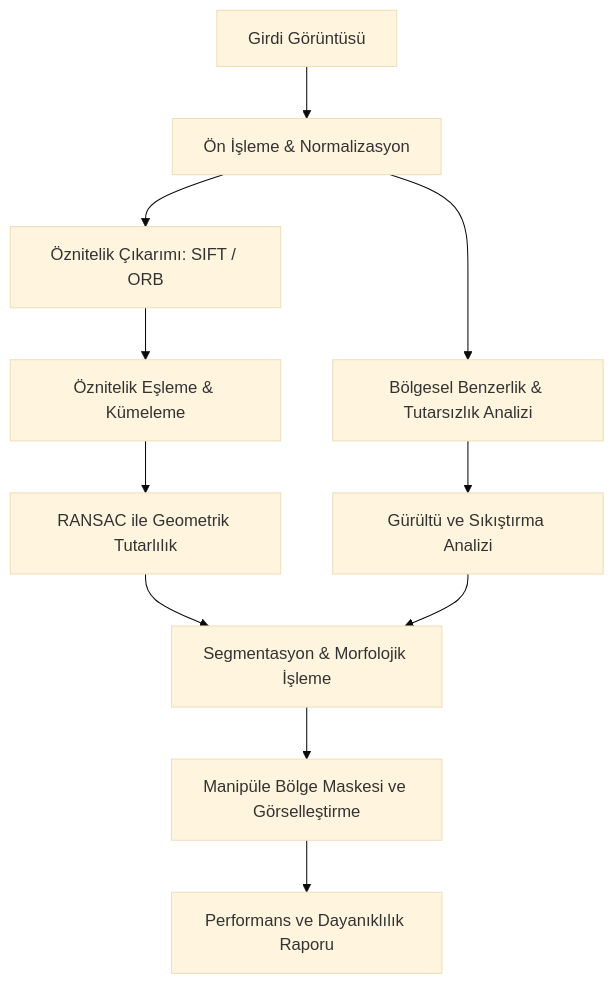
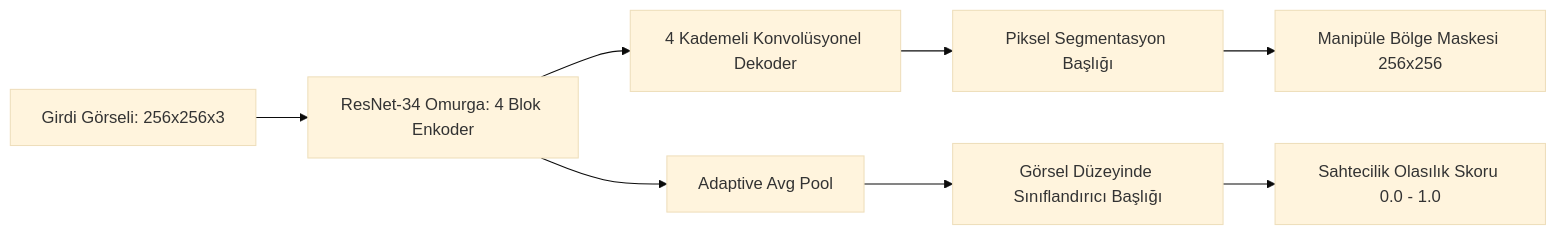
One commit to Yigit-Kerem-Canbay/ForensiVision-Dijital-Goruntulerde-Sahtecilik-Tespiti-ve-Manipule-Bolge-Yerellestirme-Sistemi changed the diagram in README.md. Above: the diagram before and after it, drawn with Mermaid (base theme). The commit also changed other lines of this file, not shown here.

````diff
--- a/README.md
+++ b/README.md
@@ -36,13 +40,10 @@
 ```mermaid
-flowchart TD
-    A[Girdi Görüntüsü] --> B[Ön İşleme & Normalizasyon]
-    B --> C[Öznitelik Çıkarımı: SIFT / ORB]
-    B --> D[Bölgesel Benzerlik & Tutarsızlık Analizi]
-    C --> E[Öznitelik Eşleme & Kümeleme]
-    E --> F[RANSAC ile Geometrik Tutarlılık]
-    D --> G[Gürültü ve Sıkıştırma Analizi]
-    F --> H[Segmentasyon & Morfolojik İşleme]
-    G --> H
-    H --> I[Manipüle Bölge Maskesi ve Görselleştirme]
-    I --> J[Performans ve Dayanıklılık Raporu]
+flowchart LR
+    In[Girdi Görseli: 256x256x3] --> Enc[ResNet-34 Omurga: 4 Blok Enkoder]
+    Enc --> Dec[4 Kademeli Konvolüsyonel Dekoder]
+    Enc --> Pool[Adaptive Avg Pool]
+    Dec --> SegHead[Piksel Segmentasyon Başlığı]
+    Pool --> ClsHead[Görsel Düzeyinde Sınıflandırıcı Başlığı]
+    SegHead --> MaskOut[Manipüle Bölge Maskesi 256x256]
+    ClsHead --> ScoreOut[Sahtecilik Olasılık Skoru 0.0 - 1.0]
 ```
````
